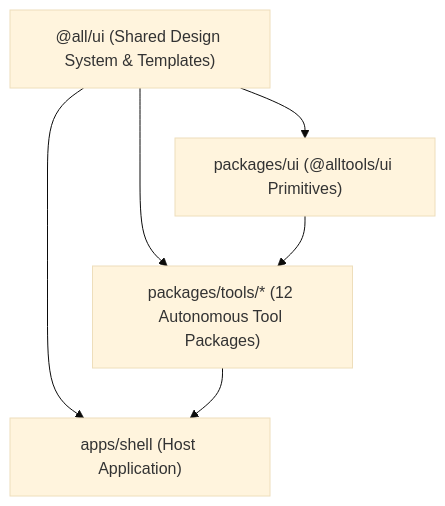
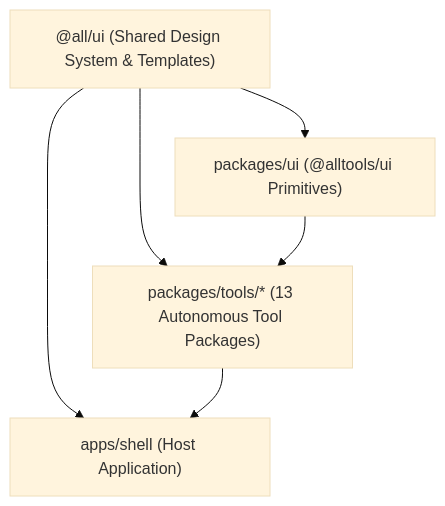
The diagram in README.md (patrasxd/AllTools), drawn with Mermaid (base theme) before and after one commit. The commit also changed other lines of this file and 41 other files, not shown here.

````diff
--- a/README.md
+++ b/README.md
@@ -97,13 +98,13 @@
 ```mermaid
 graph TD
     SharedUI["@all/ui (Shared Design System & Templates)"]
     Shell["apps/shell (Host Application)"]
     ToolsUI["packages/ui (@alltools/ui Primitives)"]
-    Tools["packages/tools/* (12 Autonomous Tool Packages)"]
+    Tools["packages/tools/* (13 Autonomous Tool Packages)"]
 
     SharedUI --> Shell
     SharedUI --> ToolsUI
     SharedUI --> Tools
     ToolsUI --> Tools
     Tools --> Shell
 ```
````
